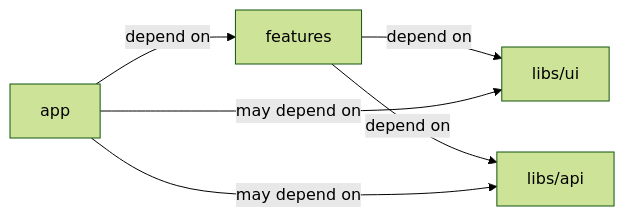
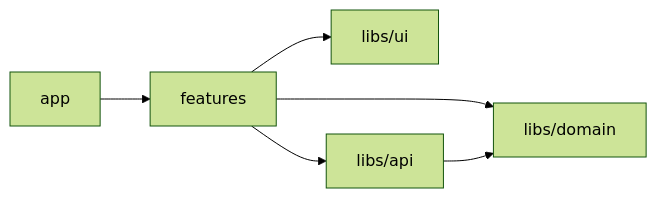
Before and after one commit to Vladyslav-Murashchenko/feature-garden: the diagram in README.md, drawn with Mermaid (forest theme). The commit also changed other lines of this file, not shown here.

First line of the commit message:
Enhance README with Domain Library details

````diff
--- a/README.md
+++ b/README.md
@@ -62,13 +64,14 @@
 ```mermaid
 graph LR
     libs-ui["libs/ui"]
     libs-api["libs/api"]
+    libs-domain["libs/domain"]
     features["features"]
     app["app"]
 
-    features --> |depend on|libs-ui
-    features --> |depend on|libs-api
-    app -->|depend on| features
-    app --> |may depend on|libs-ui
-    app --> |may depend on|libs-api
+    features --> libs-ui
+    features --> libs-api
+    features --> libs-domain
+    libs-api --> libs-domain
+    app --> features
 ```
````
